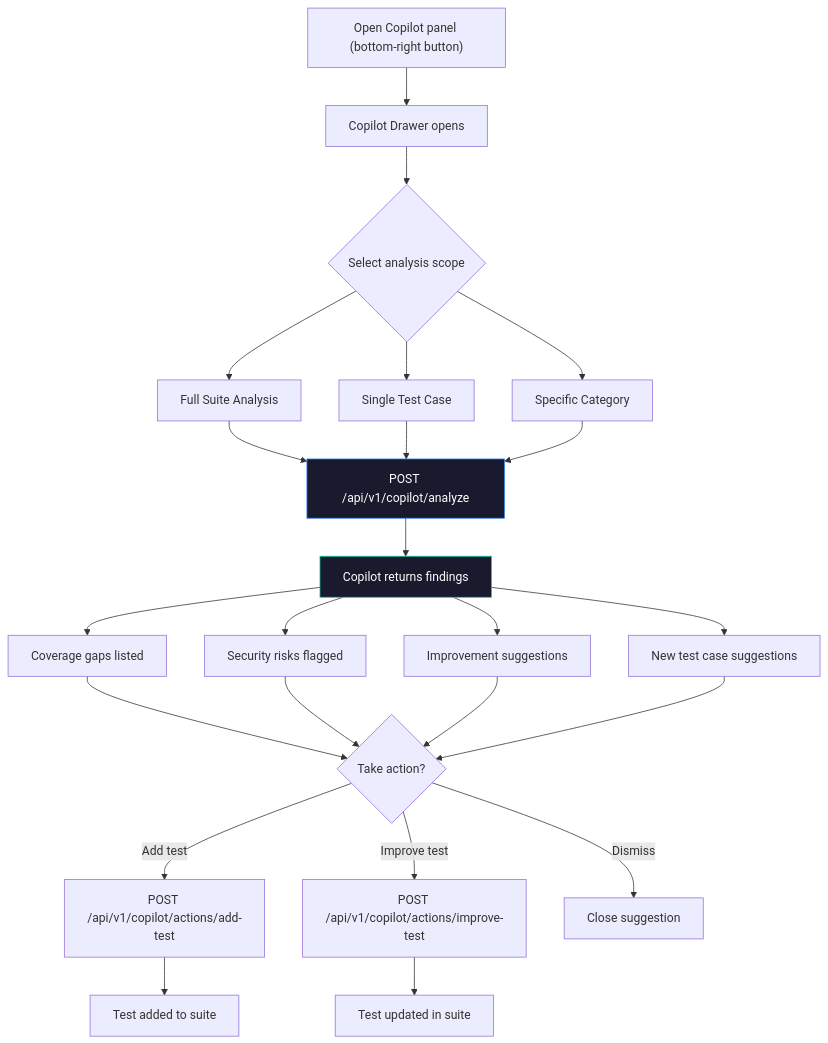
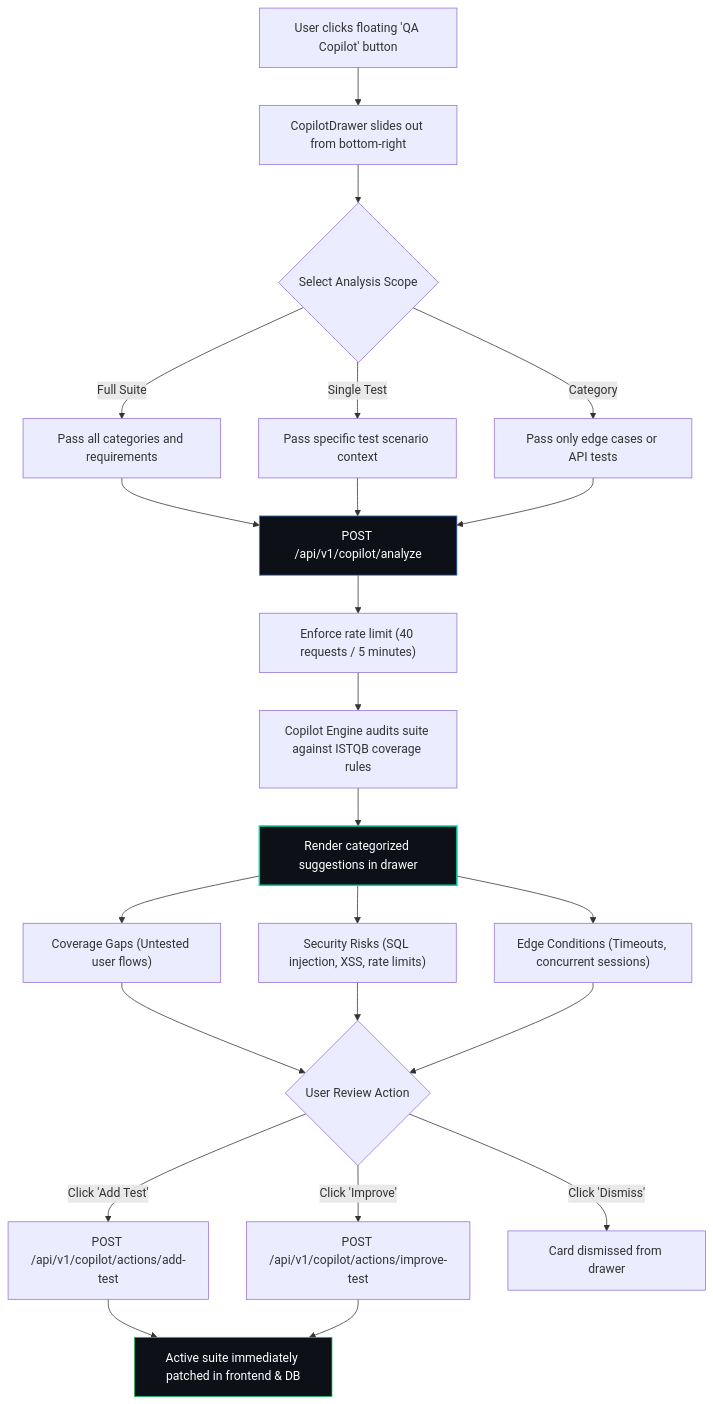
One commit to KISHOR403/Testnexa-Ai changed the sixth of 11 diagrams in docs/USER_FLOWS.md. Above: the diagram before and after it, drawn with Mermaid. The commit also changed other lines of this file and 2 other files, not shown here.

````diff
--- a/docs/USER_FLOWS.md
+++ b/docs/USER_FLOWS.md
@@ -152,33 +175,29 @@
 ```mermaid
 flowchart TD
-    A["Open Copilot panel (bottom-right button)"] --> B["Copilot Drawer opens"]
-    B --> C{"Select analysis scope"}
-    C --> D["Full Suite Analysis"]
-    C --> E["Single Test Case"]
-    C --> F["Specific Category"]
+    A["User clicks floating 'QA Copilot' button"] --> B["CopilotDrawer slides out from bottom-right"]
+    B --> C{"Select Analysis Scope"}
+    C -->|Full Suite| D1["Pass all categories and requirements"]
+    C -->|Single Test| D2["Pass specific test scenario context"]
+    C -->|Category| D3["Pass only edge cases or API tests"]
     
-    D --> G["POST /api/v1/copilot/analyze"]
-    E --> G
-    F --> G
+    D1 & D2 & D3 --> E["POST /api/v1/copilot/analyze"]
+    E --> F["Enforce rate limit (40 requests / 5 minutes)"]
+    F --> G["Copilot Engine audits suite against ISTQB coverage rules"]
+    G --> H["Render categorized suggestions in drawer"]
     
-    G --> H["Copilot returns findings"]
-    H --> I["Coverage gaps listed"]
-    H --> J["Security risks flagged"]
-    H --> K["Improvement suggestions"]
-    H --> L["New test case suggestions"]
+    H --> S1["Coverage Gaps (Untested user flows)"]
+    H --> S2["Security Risks (SQL injection, XSS, rate limits)"]
+    H --> S3["Edge Conditions (Timeouts, concurrent sessions)"]
     
-    I --> M{"Take action?"}
-    J --> M
-    K --> M
-    L --> M
+    S1 & S2 & S3 --> Action{"User Review Action"}
+    Action -->|Click 'Add Test'| Patch1["POST /api/v1/copilot/actions/add-test"]
+    Action -->|Click 'Improve'| Patch2["POST /api/v1/copilot/actions/improve-test"]
+    Action -->|Click 'Dismiss'| Dismiss["Card dismissed from drawer"]
     
-    M -->|Add test| N["POST /api/v1/copilot/actions/add-test"]
-    M -->|Improve test| O["POST /api/v1/copilot/actions/improve-test"]
-    M -->|Dismiss| P["Close suggestion"]
-    
-    N --> Q["Test added to suite"]
-    O --> R["Test updated in suite"]
-    
-    style G fill:#1a1a2e,stroke:#3b82f6,color:#fff
-    style H fill:#1a1a2e,stroke:#00d4aa,color:#fff
+    Patch1 --> Update["Active suite immediately patched in frontend & DB"]
+    Patch2 --> Update
+
+    style E fill:#0d1117,stroke:#3b82f6,color:#fff
+    style H fill:#0d1117,stroke:#00d4aa,stroke-width:2px,color:#fff
+    style Update fill:#0d1117,stroke:#22c55e,color:#fff
 ```
````
